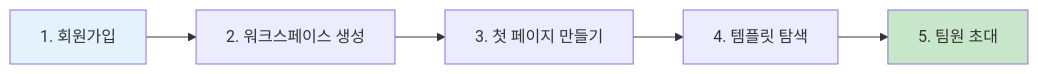
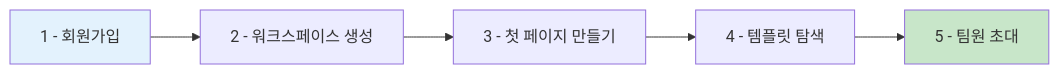
Before and after one commit to nugurejeil/weniVooks: the eighth of 9 diagrams in _md/genai-notion/chapter06/06-1.md, drawn with Mermaid. The commit also changed 10 other files, not shown here.

````diff
--- a/_md/genai-notion/chapter06/06-1.md
+++ b/_md/genai-notion/chapter06/06-1.md
@@ -353,10 +353,10 @@
 ```mermaid
 graph LR
-    A[1. 회원가입] --> B[2. 워크스페이스 생성]
-    B --> C[3. 첫 페이지 만들기]
-    C --> D[4. 템플릿 탐색]
-    D --> E[5. 팀원 초대]
+    A[1 - 회원가입] --> B[2 - 워크스페이스 생성]
+    B --> C[3 - 첫 페이지 만들기]
+    C --> D[4 - 템플릿 탐색]
+    D --> E[5 - 팀원 초대]
 
     style A fill:#E3F2FD
     style E fill:#C8E6C9
 ```
````
